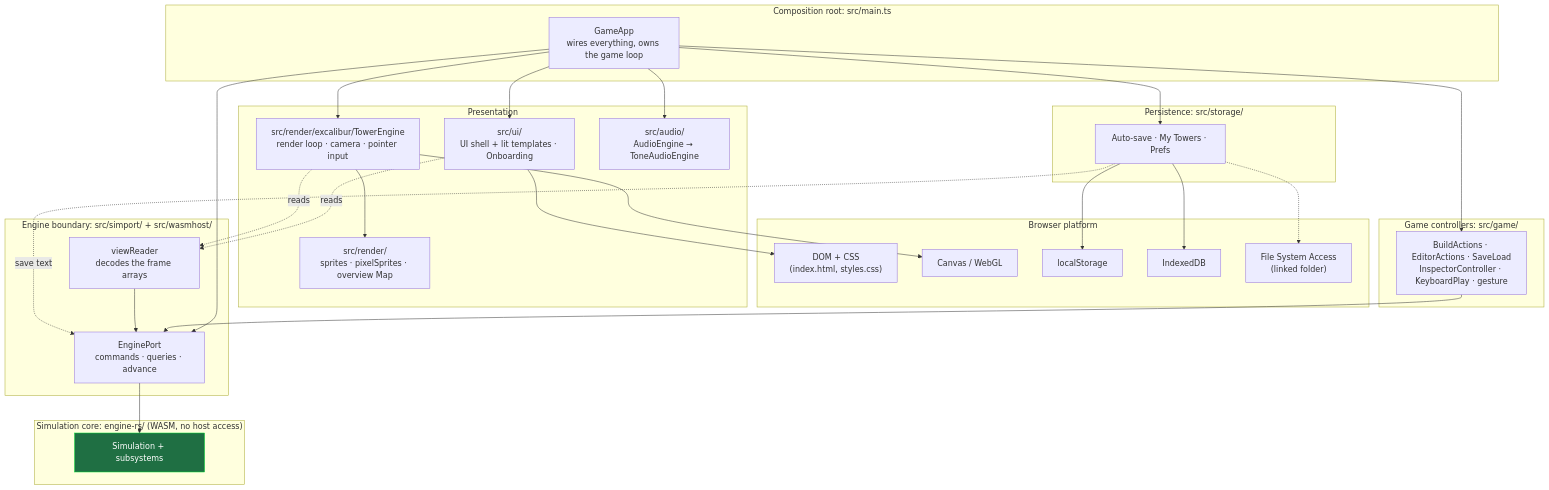
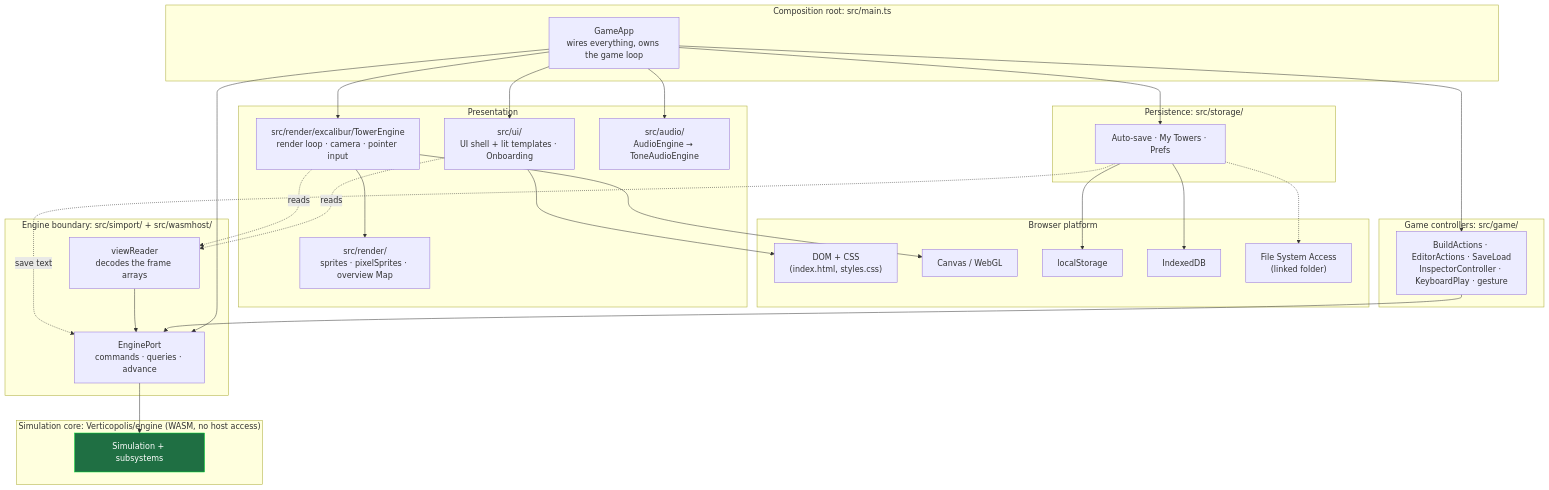
The first of 7 diagrams in ARCHITECTURE.md (maniator/verticopolis), drawn with Mermaid before and after one commit. The commit also changed other lines of this file and 62 other files, not shown here.

First line of the commit message:
Point engine paths at the crate at the root of Verticopolis/engine

````diff
--- a/ARCHITECTURE.md
+++ b/ARCHITECTURE.md
@@ -69,62 +70,62 @@
 ```mermaid
 flowchart TD
     subgraph browser["Browser platform"]
         DOM["DOM + CSS<br/>(index.html, styles.css)"]
         Canvas["Canvas / WebGL"]
         LS["localStorage"]
         IDB["IndexedDB"]
         FSA["File System Access<br/>(linked folder)"]
     end
 
     subgraph root["Composition root: src/main.ts"]
         GameApp["GameApp<br/>wires everything, owns the game loop"]
     end
 
     subgraph controllers["Game controllers: src/game/"]
         Ctl["BuildActions · EditorActions · SaveLoad<br/>InspectorController · KeyboardPlay · gesture"]
     end
 
     subgraph view["Presentation"]
         UI["src/ui/<br/>UI shell + lit templates · Onboarding"]
         Render["src/render/<br/>sprites · pixelSprites · overview Map"]
         Scene["src/render/excalibur/TowerEngine<br/>render loop · camera · pointer input"]
         Audio["src/audio/<br/>AudioEngine → ToneAudioEngine"]
     end
 
     subgraph storage["Persistence: src/storage/"]
         Save["Auto-save · My Towers · Prefs"]
     end
 
     subgraph port["Engine boundary: src/simport/ + src/wasmhost/"]
         Port["EnginePort<br/>commands · queries · advance"]
         Reader["viewReader<br/>decodes the frame arrays"]
     end
 
-    subgraph engine["Simulation core: engine-rs/ (WASM, no host access)"]
+    subgraph engine["Simulation core: Verticopolis/engine (WASM, no host access)"]
         Sim["Simulation + subsystems"]
     end
 
     GameApp --> Ctl
     GameApp --> UI
     GameApp --> Scene
     GameApp --> Audio
     GameApp --> Save
     GameApp --> Port
 
     Ctl --> Port
     Port --> Sim
     Reader --> Port
     UI -. reads .-> Reader
     Scene -. reads .-> Reader
     Scene --> Render
     Save -. save text .-> Port
 
     Scene --> Canvas
     UI --> DOM
     Save --> LS
     Save --> IDB
     Save -.-> FSA
 
     classDef core fill:#1f6f43,stroke:#0d3,color:#fff;
     class Sim core
 ```
````
